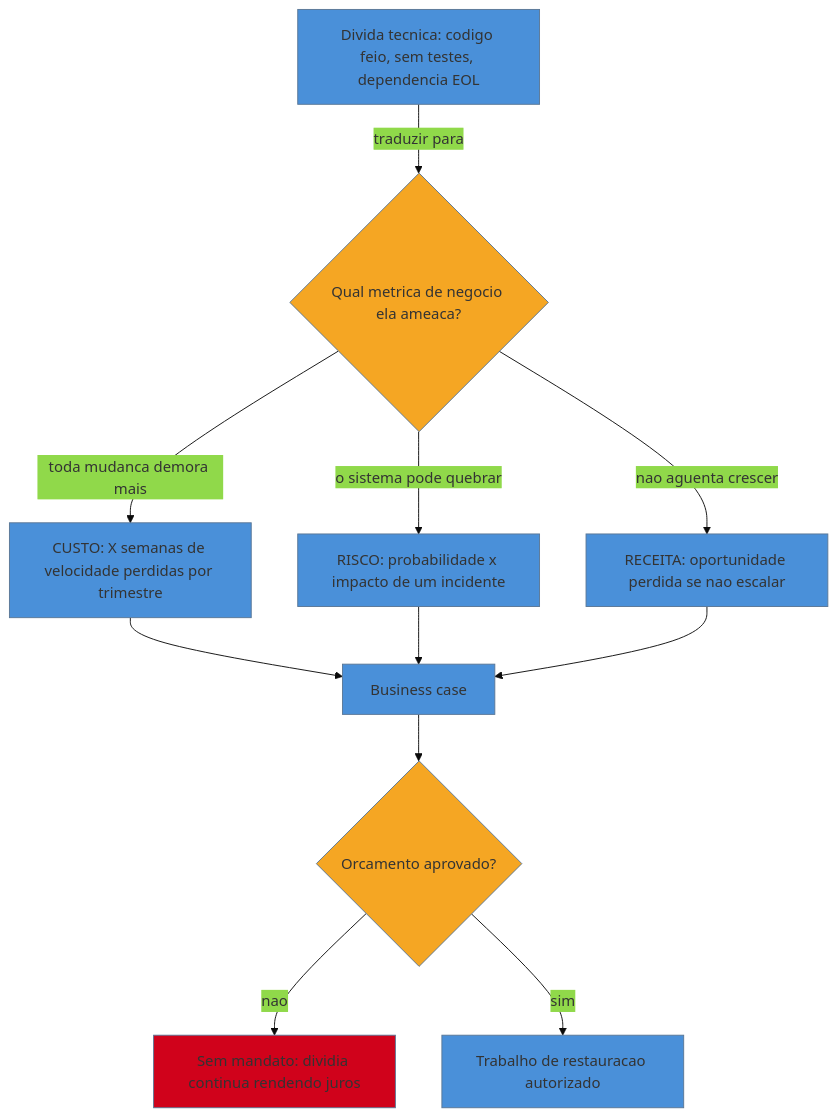
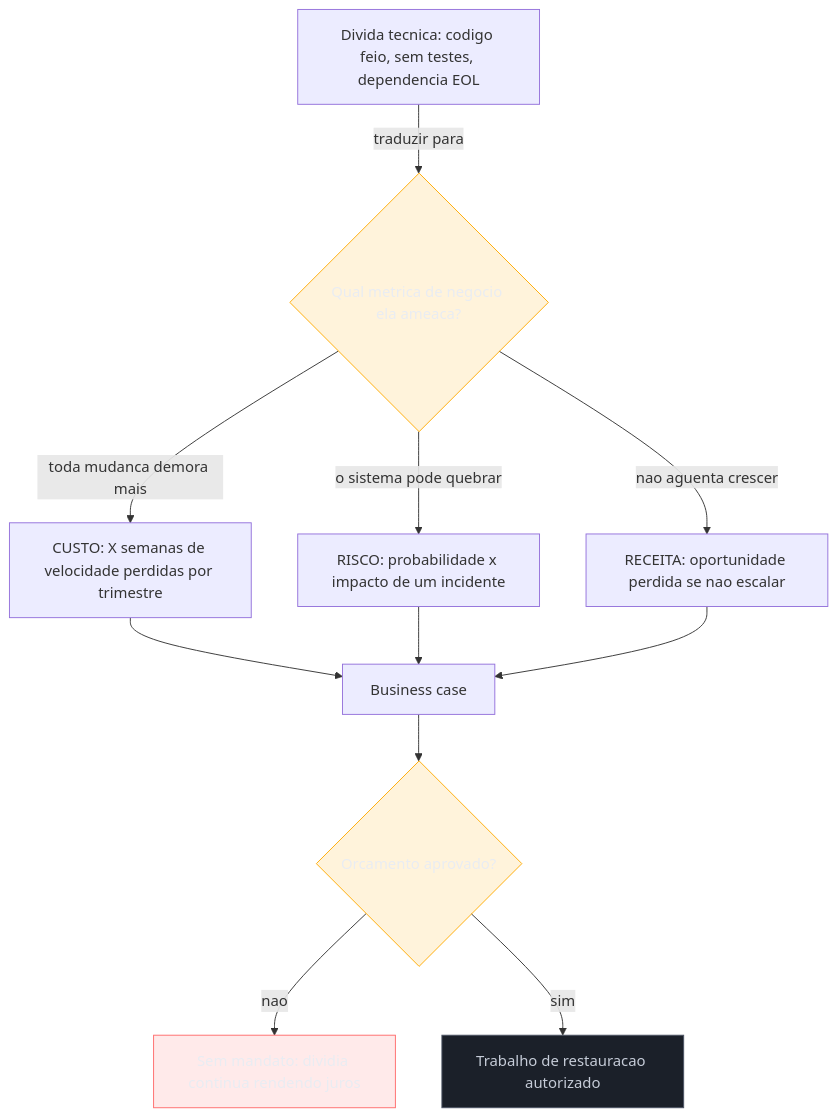
The first of 2 diagrams in 03-Dominios/Engenharia/Arqueologia e Restauração de Software/23 - A dimensão política.md (josenaldo/codex-technomanticus), drawn with Mermaid before and after one commit. The commit also changed other lines of this file and 1181 other files, not shown here.

First line of the commit message:
fix(diagramas): paleta do sistema no lugar de cor cravada no markdown

````diff
--- a/03-Dominios/Engenharia/Arqueologia e Restauração de Software/23 - A dimensão política.md
+++ b/03-Dominios/Engenharia/Arqueologia e Restauração de Software/23 - A dimensão política.md
@@ -36,18 +36,20 @@
 ```mermaid
-%%{init: {"theme": "base", "themeVariables": {"primaryColor": "#4A90D9"}}}%%
 graph TD
+    classDef destaque fill:#FFAA0024,stroke:#FFAA00,color:#E9ECF2
+    classDef falha fill:#FF6B6B24,stroke:#FF6B6B,color:#E9ECF2
+    classDef neutro fill:#1B2029,stroke:#4E5666,color:#C6CCD8
     A["Divida tecnica: codigo feio, sem testes, dependencia EOL"] -->|traduzir para| B{Qual metrica de negocio ela ameaca?}
     B -->|toda mudanca demora mais| C["CUSTO: X semanas de velocidade perdidas por trimestre"]
     B -->|o sistema pode quebrar| D["RISCO: probabilidade x impacto de um incidente"]
     B -->|nao aguenta crescer| E["RECEITA: oportunidade perdida se nao escalar"]
     C --> F[Business case]
     D --> F
     E --> F
     F --> G{Orcamento aprovado?}
     G -->|nao| H[Sem mandato: dividia continua rendendo juros]
     G -->|sim| I[Trabalho de restauracao autorizado]
-    style B fill:#F5A623
-    style G fill:#F5A623
-    style H fill:#D0021B
-    style I fill:#4A90D9
+    class B destaque
+    class G destaque
+    class H falha
+    class I neutro
 ```
````
